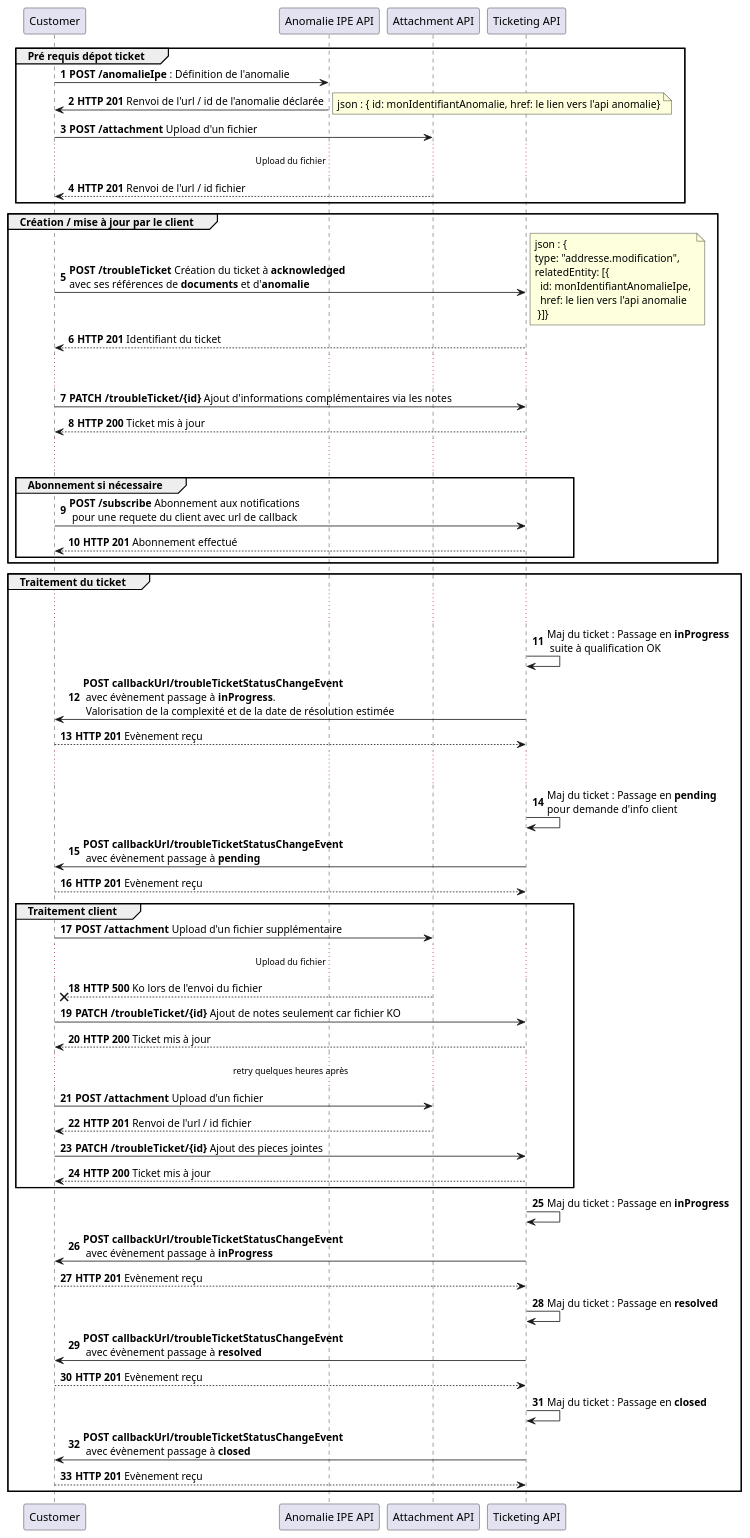
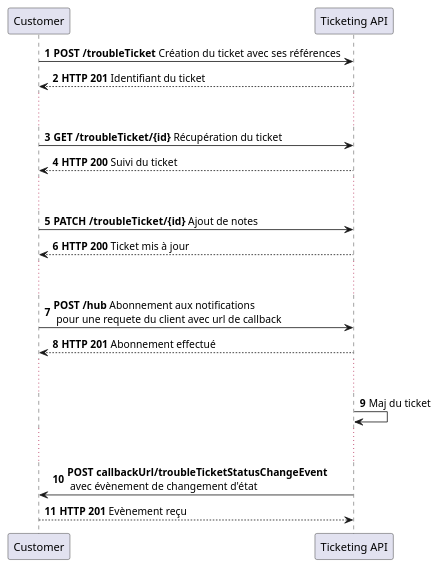
Before and after one commit to before-interop/ticketing: the diagram in sequence.puml, drawn with PlantUML. The commit also changed 12 other files, not shown here.

Commit message:
docs: Prise en compte des retours du GT de Janvier 2022 - Ajout des longueurs des champs - Ajout de requêtes / réponses dans le README + documentation - Déplacement des fichiers suite à séparation des repo - Reprise des images, l'API Ticketing n'étant plus portée uniquement par les anomalies

```diff
--- a/sequence.puml
+++ b/sequence.puml
@@ -1,68 +1,23 @@
 @startuml
 'https://plantuml.com/sequence-diagram
 
 autonumber
 
-group Pré requis dépot ticket
-    "Customer" -> "Anomalie IPE API": **POST /anomalieIpe** : Définition de l'anomalie
-    "Anomalie IPE API" -> "Customer": **HTTP 201** Renvoi de l'url / id de l'anomalie déclarée
-    note right: json : { id: monIdentifiantAnomalie, href: le lien vers l'api anomalie}
-    "Customer" -> "Attachment API": **POST /attachment** Upload d'un fichier
-    ... Upload du fichier ...
-    "Attachment API" --> "Customer": **HTTP 201** Renvoi de l'url / id fichier
-end
-
-group Création / mise à jour par le client
-    Customer -> "Ticketing API" : **POST /troubleTicket** Création du ticket à **acknowledged** \navec ses références de **documents** et d'**anomalie**
-    note right: json : {\ntype: "addresse.modification", \nrelatedEntity: [{\n  id: monIdentifiantAnomalieIpe, \n  href: le lien vers l'api anomalie\n }]}
-    "Ticketing API" --> Customer : **HTTP 201** Identifiant du ticket
-    ... ...
-    Customer -> "Ticketing API" : **PATCH /troubleTicket/{id}** Ajout d'informations complémentaires via les notes
-    "Ticketing API" --> Customer : **HTTP 200** Ticket mis à jour
-    ... ...
-    group Abonnement si nécessaire
-        Customer -> "Ticketing API" : **POST /subscribe** Abonnement aux notifications \n pour une requete du client avec url de callback
-        "Ticketing API" --> Customer : **HTTP 201** Abonnement effectué
-    end
-end
-
-group Traitement du ticket
-    ... ...
-    "Ticketing API" -> "Ticketing API" : Maj du ticket : Passage en **inProgress** \n suite à qualification OK
-    "Ticketing API" -> "Customer" : **POST callbackUrl/troubleTicketStatusChangeEvent** \n avec évènement passage à **inProgress**.\n Valorisation de la complexité et de la date de résolution estimée
-    "Customer" --> "Ticketing API" : **HTTP 201** Evènement reçu
-
-    ... ...
-    "Ticketing API" -> "Ticketing API" : Maj du ticket : Passage en **pending** \npour demande d'info client
-    "Ticketing API" -> "Customer" : **POST callbackUrl/troubleTicketStatusChangeEvent** \n avec évènement passage à **pending**
-    "Customer" --> "Ticketing API" : **HTTP 201** Evènement reçu
-
-    group Traitement client
-        "Customer" -> "Attachment API": **POST /attachment** Upload d'un fichier supplémentaire
-        ... Upload du fichier ...
-        "Attachment API" --x "Customer": **HTTP 500** Ko lors de l'envoi du fichier
-
-        Customer -> "Ticketing API" : **PATCH /troubleTicket/{id}** Ajout de notes seulement car fichier KO
-        "Ticketing API" --> Customer : **HTTP 200** Ticket mis à jour
-
-        ... retry quelques heures après ...
-        "Customer" -> "Attachment API": **POST /attachment** Upload d'un fichier
-        "Attachment API" --> "Customer": **HTTP 201** Renvoi de l'url / id fichier
-        Customer -> "Ticketing API" : **PATCH /troubleTicket/{id}** Ajout des pieces jointes
-        "Ticketing API" --> Customer : **HTTP 200** Ticket mis à jour
-    end
-
-    "Ticketing API" -> "Ticketing API" : Maj du ticket : Passage en **inProgress**
-    "Ticketing API" -> "Customer" : **POST callbackUrl/troubleTicketStatusChangeEvent** \n avec évènement passage à **inProgress**
-    "Customer" --> "Ticketing API" : **HTTP 201** Evènement reçu
-
-    "Ticketing API" -> "Ticketing API" : Maj du ticket : Passage en **resolved**
-    "Ticketing API" -> "Customer" : **POST callbackUrl/troubleTicketStatusChangeEvent** \n avec évènement passage à **resolved**
-    "Customer" --> "Ticketing API" : **HTTP 201** Evènement reçu
-
-    "Ticketing API" -> "Ticketing API" : Maj du ticket : Passage en **closed**
-    "Ticketing API" -> "Customer" : **POST callbackUrl/troubleTicketStatusChangeEvent** \n avec évènement passage à **closed**
-    "Customer" --> "Ticketing API" : **HTTP 201** Evènement reçu
-end
+Customer -> "Ticketing API" : **POST /troubleTicket** Création du ticket avec ses références
+"Ticketing API" --> Customer : **HTTP 201** Identifiant du ticket
+... ...
+Customer -> "Ticketing API" : **GET /troubleTicket/{id}** Récupération du ticket
+"Ticketing API" --> Customer : **HTTP 200** Suivi du ticket
+... ...
+Customer -> "Ticketing API" : **PATCH /troubleTicket/{id}** Ajout de notes
+"Ticketing API" --> Customer : **HTTP 200** Ticket mis à jour
+... ...
+Customer -> "Ticketing API" : **POST /hub** Abonnement aux notifications \n pour une requete du client avec url de callback
+    "Ticketing API" --> Customer : **HTTP 201** Abonnement effectué
+... ...
+"Ticketing API" -> "Ticketing API" : Maj du ticket
+... ...
+"Ticketing API" -> "Customer" : **POST callbackUrl/troubleTicketStatusChangeEvent** \n avec évènement de changement d'état
+"Customer" --> "Ticketing API" : **HTTP 201** Evènement reçu
 
 @enduml
```
